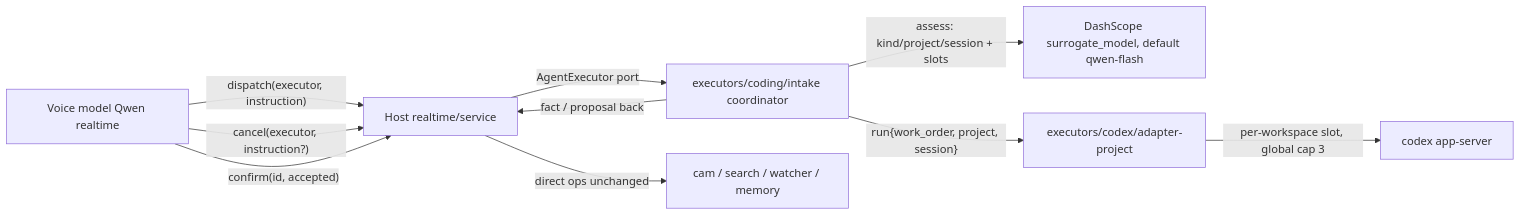
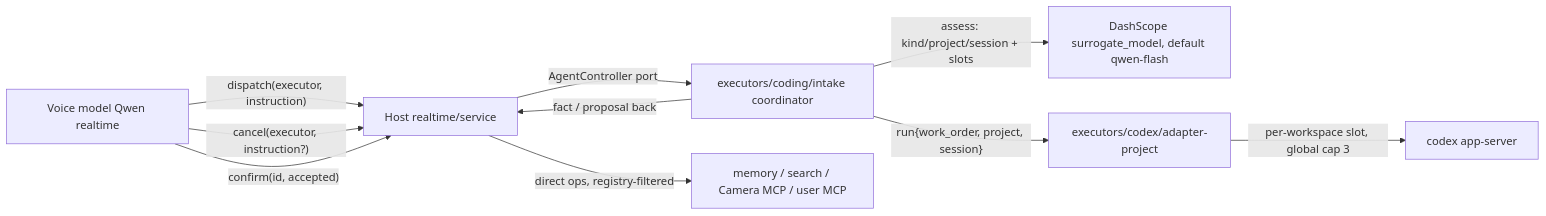
One commit to deepnovacore/NovaAudioAgent changed the diagram in docs/specs/v0.2.0/08-project-and-work.md. Above: the diagram before and after it, drawn with Mermaid. The commit also changed other lines of this file and 3 other files, not shown here.

````diff
--- a/docs/specs/v0.2.0/08-project-and-work.md
+++ b/docs/specs/v0.2.0/08-project-and-work.md
@@ -93,12 +99,12 @@
 ```mermaid
 flowchart LR
   Voice[Voice model Qwen realtime] -->|"dispatch(executor, instruction)"| Host[Host realtime/service]
   Voice -->|"cancel(executor, instruction?)"| Host
   Voice -->|"confirm(id, accepted)"| Host
-  Host -->|"AgentExecutor port"| Intake[executors/coding/intake coordinator]
+  Host -->|"AgentController port"| Intake[executors/coding/intake coordinator]
   Intake -->|"assess: kind/project/session + slots"| LLM[DashScope surrogate_model, default qwen-flash]
   Intake -->|"fact / proposal back"| Host
   Intake -->|"run{work_order, project, session}"| Adapter[executors/codex/adapter-project]
   Adapter -->|"per-workspace slot, global cap 3"| Codex[codex app-server]
-  Host -->|"direct ops unchanged"| Others[cam / search / watcher / memory]
+  Host -->|"direct ops, registry-filtered"| Others[memory / search / Camera MCP / user MCP]
 ```
````
